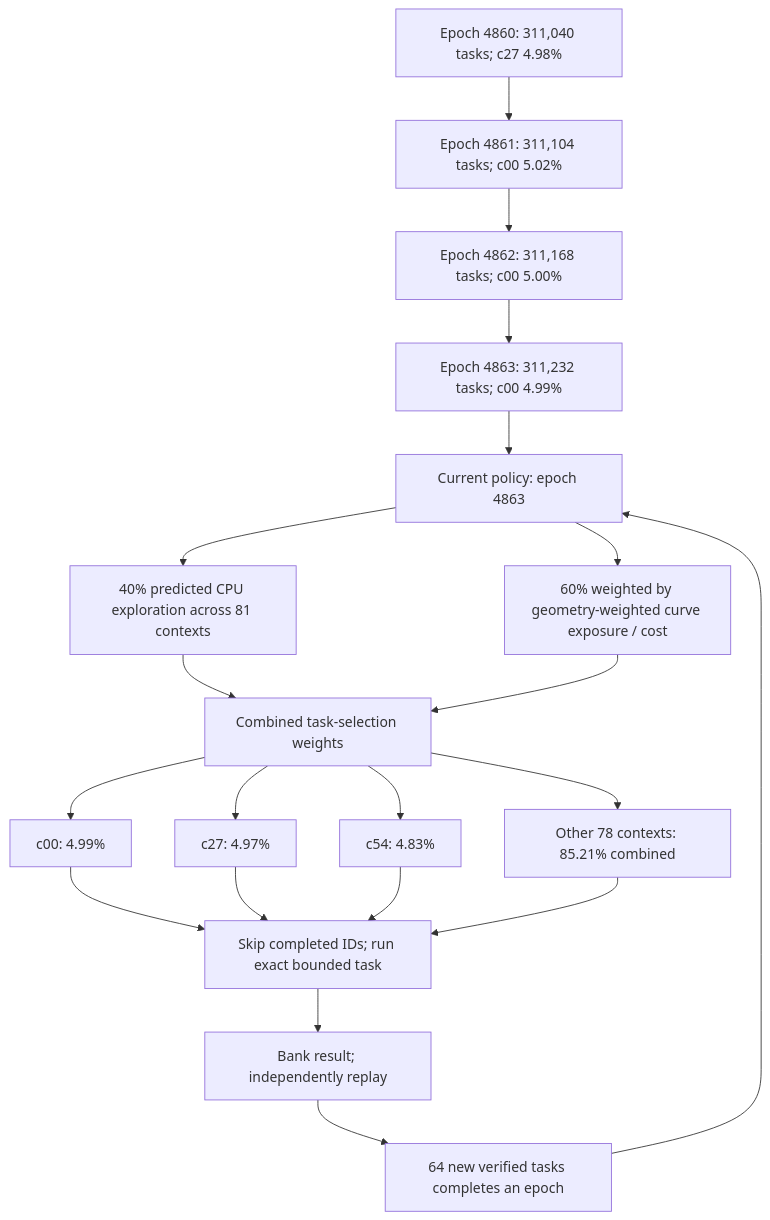
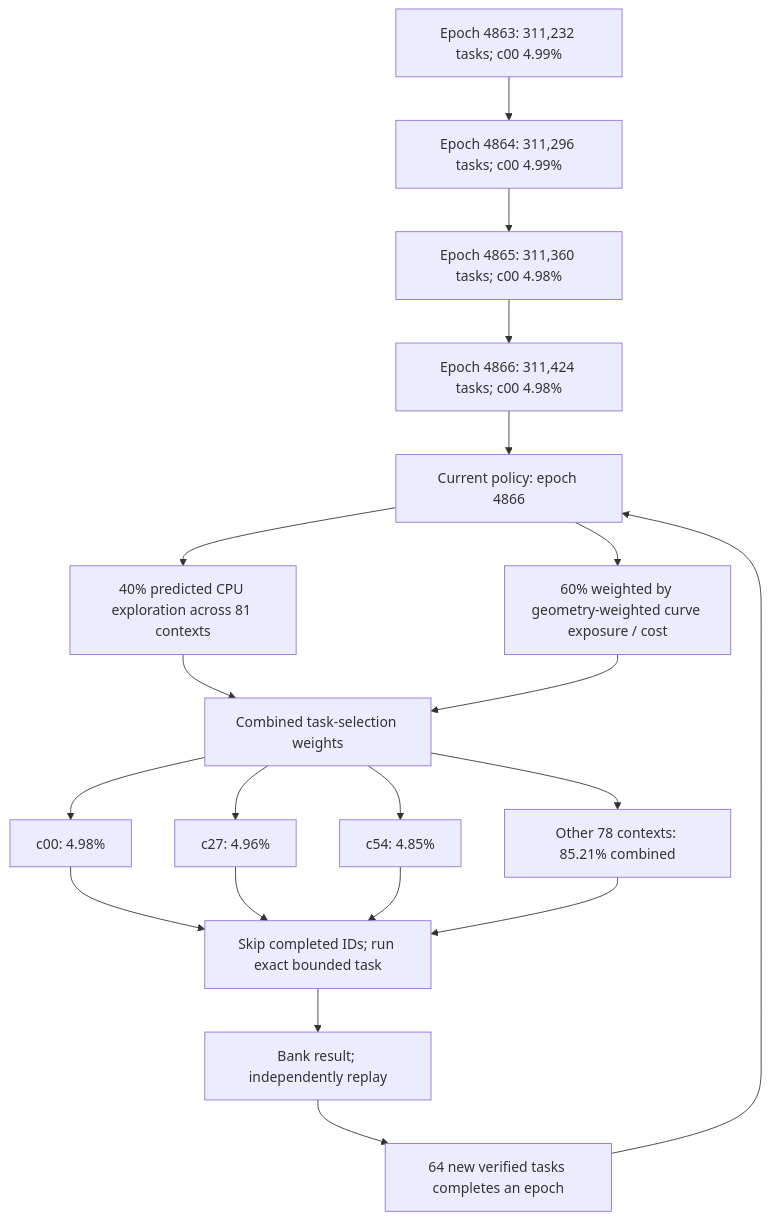
One commit to Kuberwastaken/math-gambling changed the first of 3 diagrams in README.md. Above: the diagram before and after it, drawn with Mermaid. The commit also changed other lines of this file and 469 other files, not shown here.

````diff
--- a/README.md
+++ b/README.md
@@ -60,27 +60,27 @@
 ```mermaid
 flowchart TD
-    H0["Epoch 4860: 311,040 tasks; c27 4.98%"]
-    H1["Epoch 4861: 311,104 tasks; c00 5.02%"]
+    H0["Epoch 4863: 311,232 tasks; c00 4.99%"]
+    H1["Epoch 4864: 311,296 tasks; c00 4.99%"]
     H0 --> H1
-    H2["Epoch 4862: 311,168 tasks; c00 5.00%"]
+    H2["Epoch 4865: 311,360 tasks; c00 4.98%"]
     H1 --> H2
-    H3["Epoch 4863: 311,232 tasks; c00 4.99%"]
+    H3["Epoch 4866: 311,424 tasks; c00 4.98%"]
     H2 --> H3
-    Policy["Current policy: epoch 4863"]
+    Policy["Current policy: epoch 4866"]
     H3 --> Policy
     Policy --> Explore["40% predicted CPU exploration across 81 contexts"]
     Policy --> Cost["60% weighted by geometry-weighted curve exposure / cost"]
     Explore --> Mix["Combined task-selection weights"]
     Cost --> Mix
-    Mix --> C0["c00: 4.99%"]
-    Mix --> C1["c27: 4.97%"]
-    Mix --> C2["c54: 4.83%"]
+    Mix --> C0["c00: 4.98%"]
+    Mix --> C1["c27: 4.96%"]
+    Mix --> C2["c54: 4.85%"]
     Mix --> Rest["Other 78 contexts: 85.21% combined"]
     C0 --> Check["Skip completed IDs; run exact bounded task"]
     C1 --> Check
     C2 --> Check
     Rest --> Check
     Check --> Replay["Bank result; independently replay"]
     Replay --> Gate["64 new verified tasks completes an epoch"]
     Gate --> Policy
 ```
````
